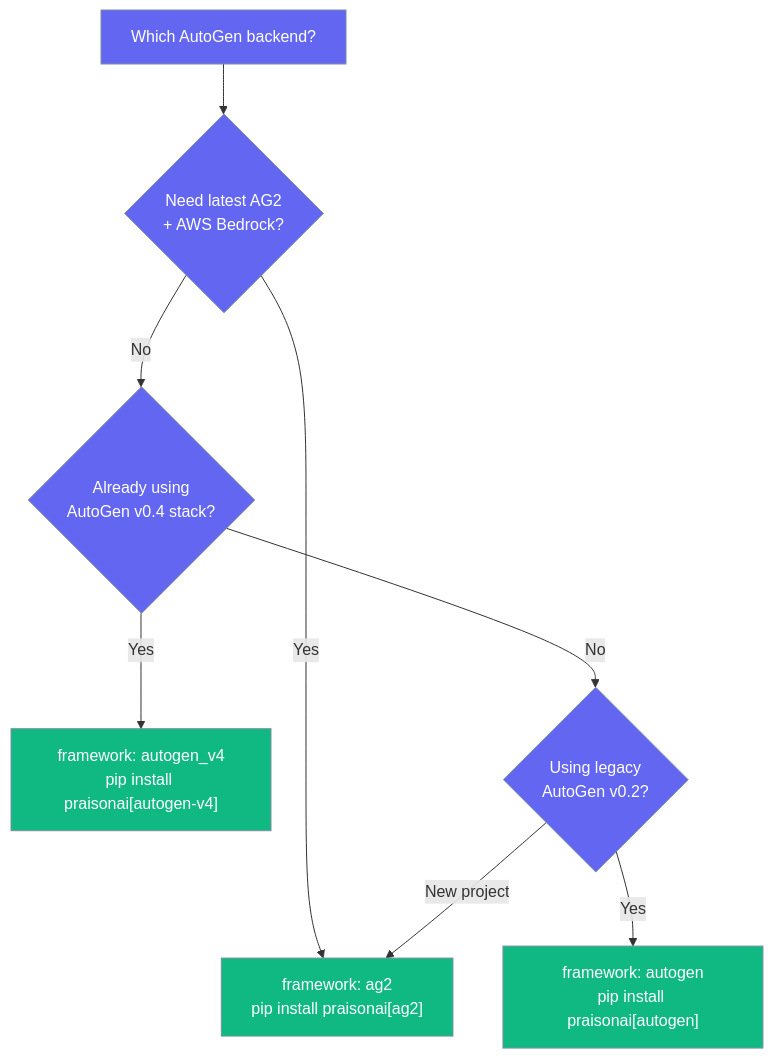
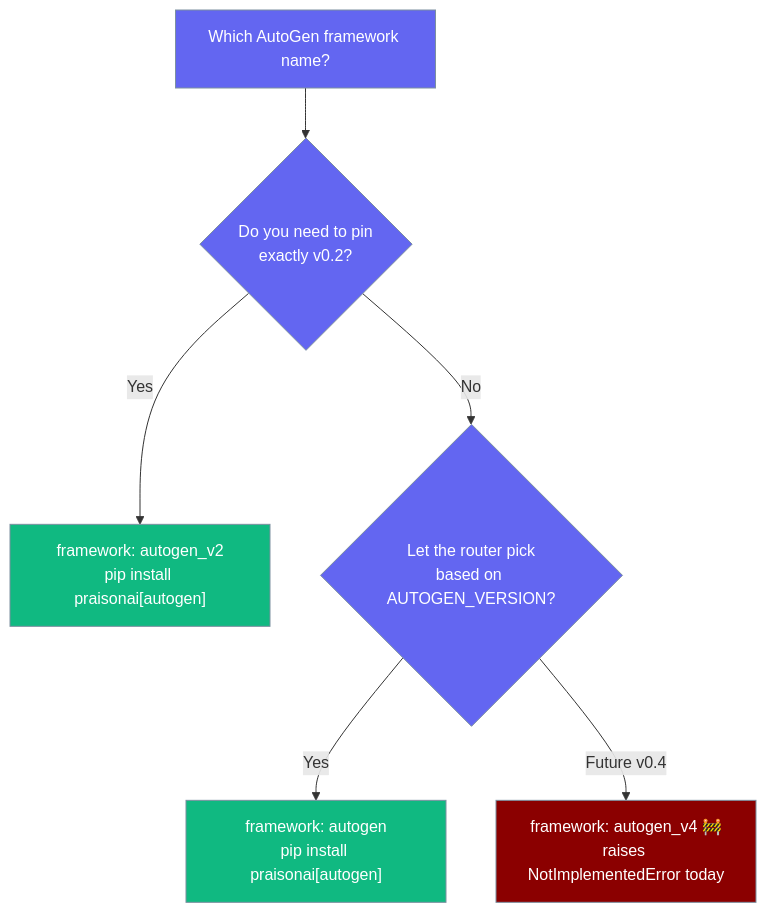
The second of 3 diagrams in docs/framework/autogen.mdx (MervinPraison/PraisonAIDocs), drawn with Mermaid before and after one commit. The commit also changed other lines of this file and 3 other files, not shown here.

First line of the commit message:
docs: update AutoGen docs for PR #2086 stubs, family router, autogen_v2 alias (fixes #718)

````diff
--- a/docs/framework/autogen.mdx
+++ b/docs/framework/autogen.mdx
@@ -37,16 +43,16 @@
 ```mermaid
 graph TB
-    Start[Which AutoGen backend?] --> Q1{Need latest AG2<br/>+ AWS Bedrock?}
-    Q1 -->|Yes| A1["framework: ag2<br/>pip install praisonai[ag2]"]
-    Q1 -->|No| Q2{Already using<br/>AutoGen v0.4 stack?}
-    Q2 -->|Yes| A2["framework: autogen_v4<br/>pip install praisonai[autogen-v4]"]
-    Q2 -->|No| Q3{Using legacy<br/>AutoGen v0.2?}
-    Q3 -->|Yes| A3["framework: autogen<br/>pip install praisonai[autogen]"]
-    Q3 -->|New project| A1
+    Start[Which AutoGen framework name?] --> Q1{Do you need to pin<br/>exactly v0.2?}
+    Q1 -->|Yes| A1["framework: autogen_v2<br/>pip install praisonai[autogen]"]
+    Q1 -->|No| Q2{Let the router pick<br/>based on AUTOGEN_VERSION?}
+    Q2 -->|Yes| A2["framework: autogen<br/>pip install praisonai[autogen]"]
+    Q2 -->|Future v0.4| A3["framework: autogen_v4 🚧<br/>raises NotImplementedError today"]
 
     classDef question fill:#6366F1,stroke:#7C90A0,color:#fff
     classDef answer fill:#10B981,stroke:#7C90A0,color:#fff
+    classDef stub fill:#8B0000,stroke:#7C90A0,color:#fff
 
-    class Start,Q1,Q2,Q3 question
-    class A1,A2,A3 answer
+    class Start,Q1,Q2 question
+    class A1,A2 answer
+    class A3 stub
 ```
````
